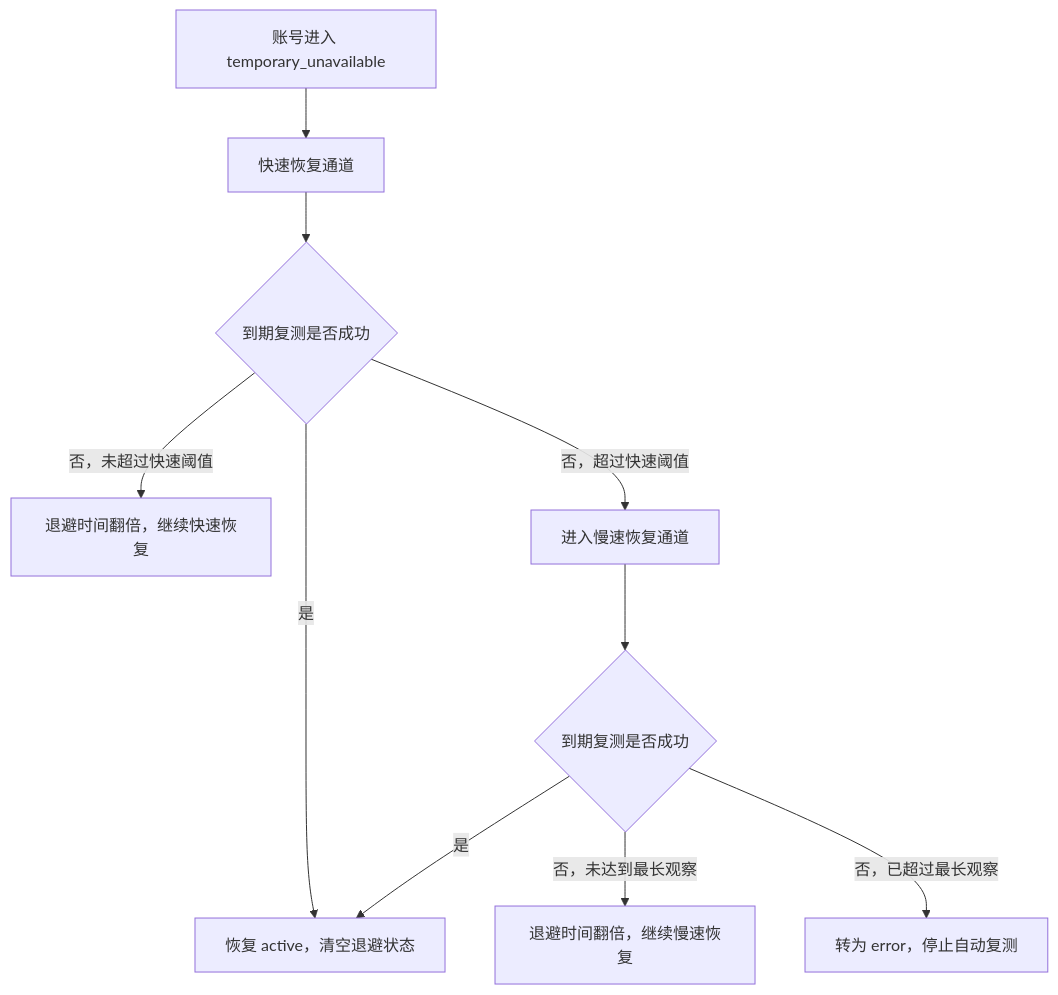
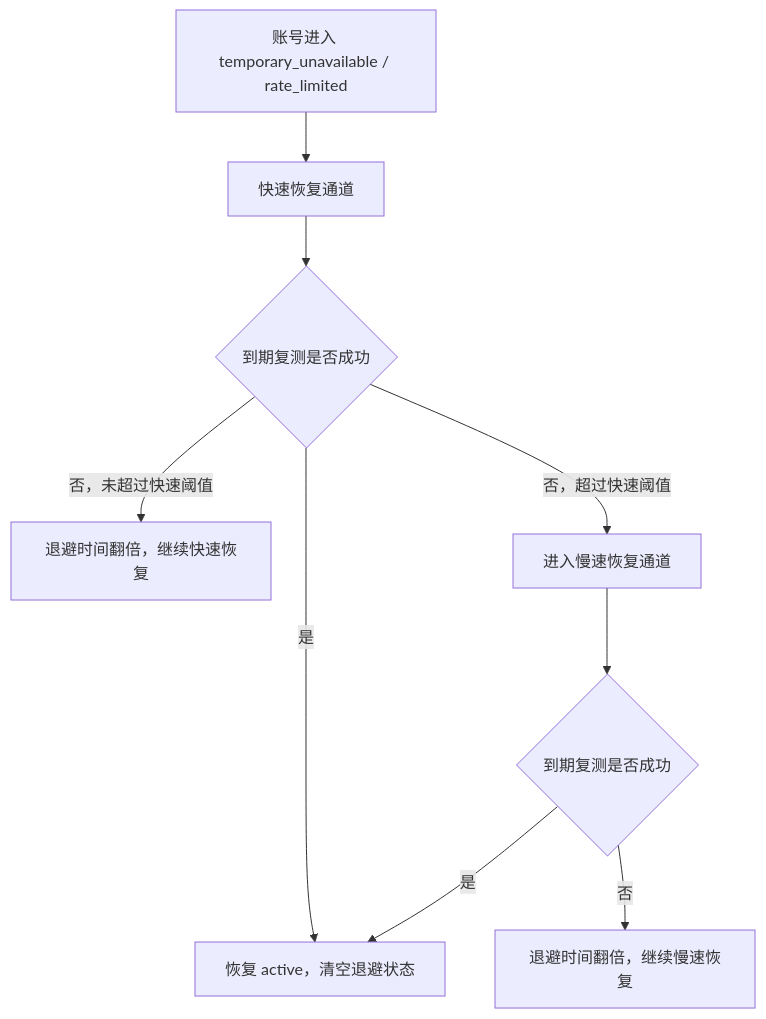
One commit to huanmin123/juhe-ai changed the third of 3 diagrams in docs/functions/网关异常重试与兜底策略.md. Above: the diagram before and after it, drawn with Mermaid. The commit also changed other lines of this file and 69 other files, not shown here.

````diff
--- a/docs/functions/网关异常重试与兜底策略.md
+++ b/docs/functions/网关异常重试与兜底策略.md
@@ -193,12 +193,11 @@
 ```mermaid
 flowchart TD
-  A["账号进入 temporary_unavailable"] --> B["快速恢复通道"]
+  A["账号进入 temporary_unavailable / rate_limited"] --> B["快速恢复通道"]
   B --> C{"到期复测是否成功"}
   C -- "是" --> D["恢复 active，清空退避状态"]
   C -- "否，未超过快速阈值" --> E["退避时间翻倍，继续快速恢复"]
   C -- "否，超过快速阈值" --> F["进入慢速恢复通道"]
   F --> G{"到期复测是否成功"}
   G -- "是" --> D
-  G -- "否，未达到最长观察" --> H["退避时间翻倍，继续慢速恢复"]
-  G -- "否，已超过最长观察" --> I["转为 error，停止自动复测"]
+  G -- "否" --> H["退避时间翻倍，继续慢速恢复"]
 ```
````
